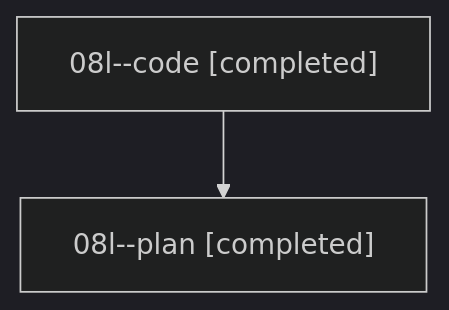
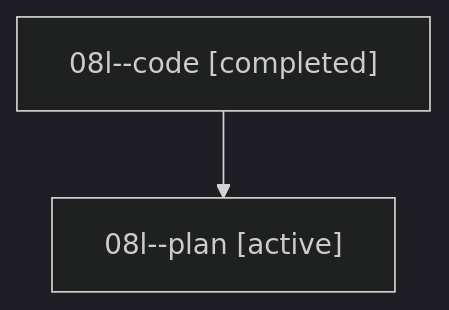
One commit to sase-org/sase--agents changed the diagram in families/bbugyi200.athena.08l.md. Above: the diagram before and after it, drawn with Mermaid (dark theme). The commit also changed other lines of this file and 35830 other files, not shown here.

````diff
--- a/families/bbugyi200.athena.08l.md
+++ b/families/bbugyi200.athena.08l.md
@@ -9,6 +9,6 @@
 ```mermaid
 flowchart TD
   n0["08l--code [completed]"]
-  n1["08l--plan [completed]"]
+  n1["08l--plan [active]"]
   n0 --> n1
 ```
````
